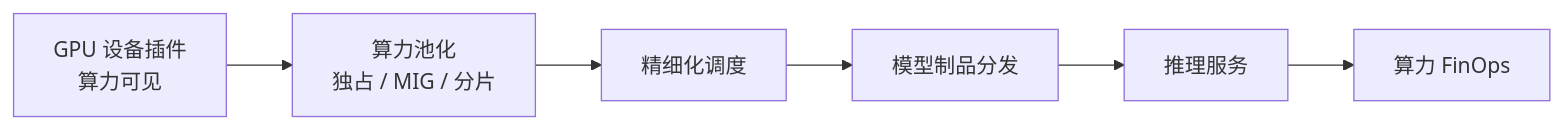
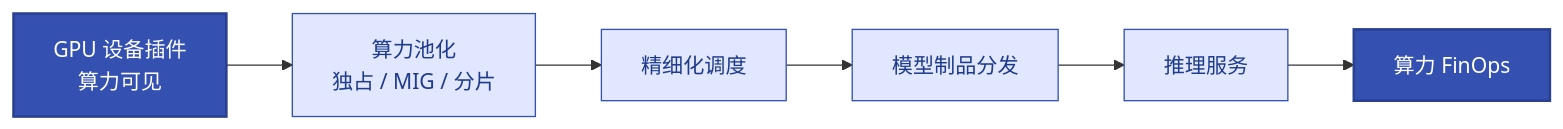
Before and after one commit to jackiesre721/ai-native-ops: the diagram in docs/17-ai-workload-gpu-ops.md, drawn with Mermaid. The commit also changed 9 other files, not shown here.

First line of the commit message:
viz: 全部 12 张 mermaid 图上语义色

````diff
--- a/docs/17-ai-workload-gpu-ops.md
+++ b/docs/17-ai-workload-gpu-ops.md
@@ -12,5 +12,9 @@
 ```mermaid
 flowchart LR
     G[GPU 设备插件<br/>算力可见] --> P[算力池化<br/>独占 / MIG / 分片] --> S[精细化调度]
     S --> M[模型制品分发] --> I[推理服务] --> F[算力 FinOps]
+    classDef start fill:#3451b2,color:#fff,stroke:#2a4090,stroke-width:2px
+    classDef proc fill:#e0e7ff,stroke:#3451b2,color:#1e3a8a
+    class G,F start
+    class P,S,M,I proc
 ```
````
